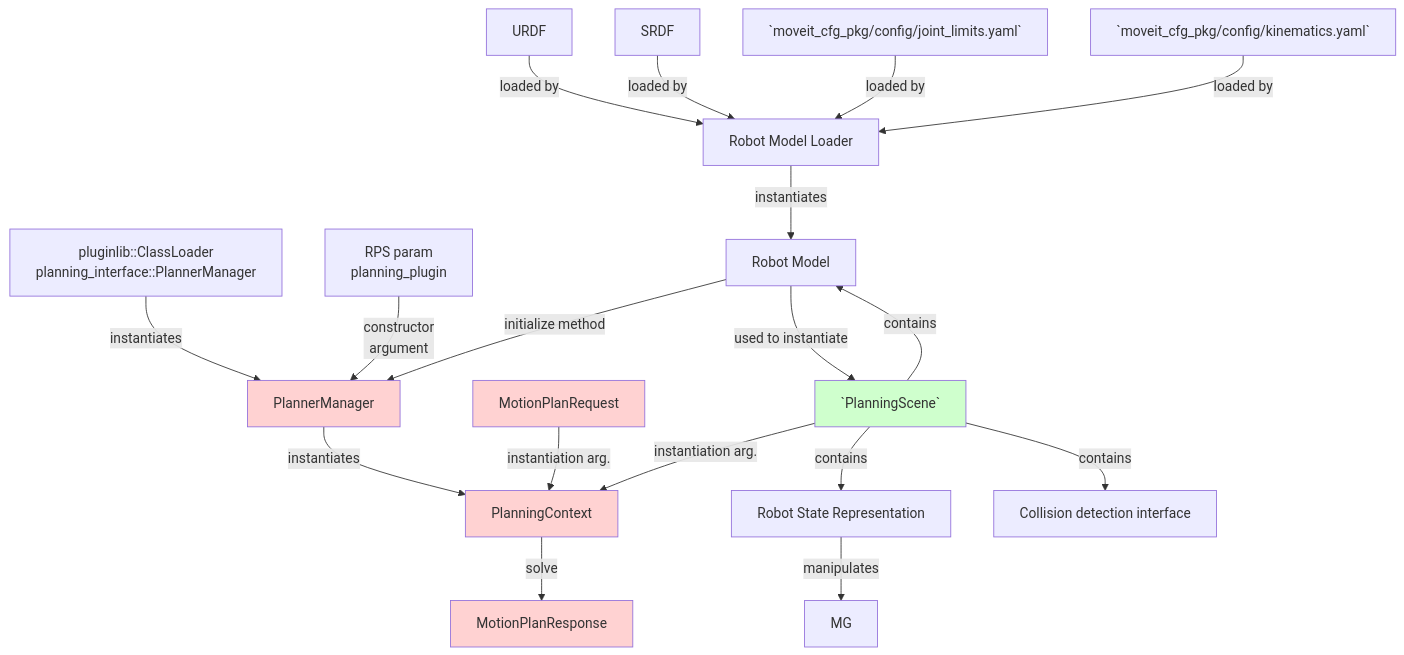
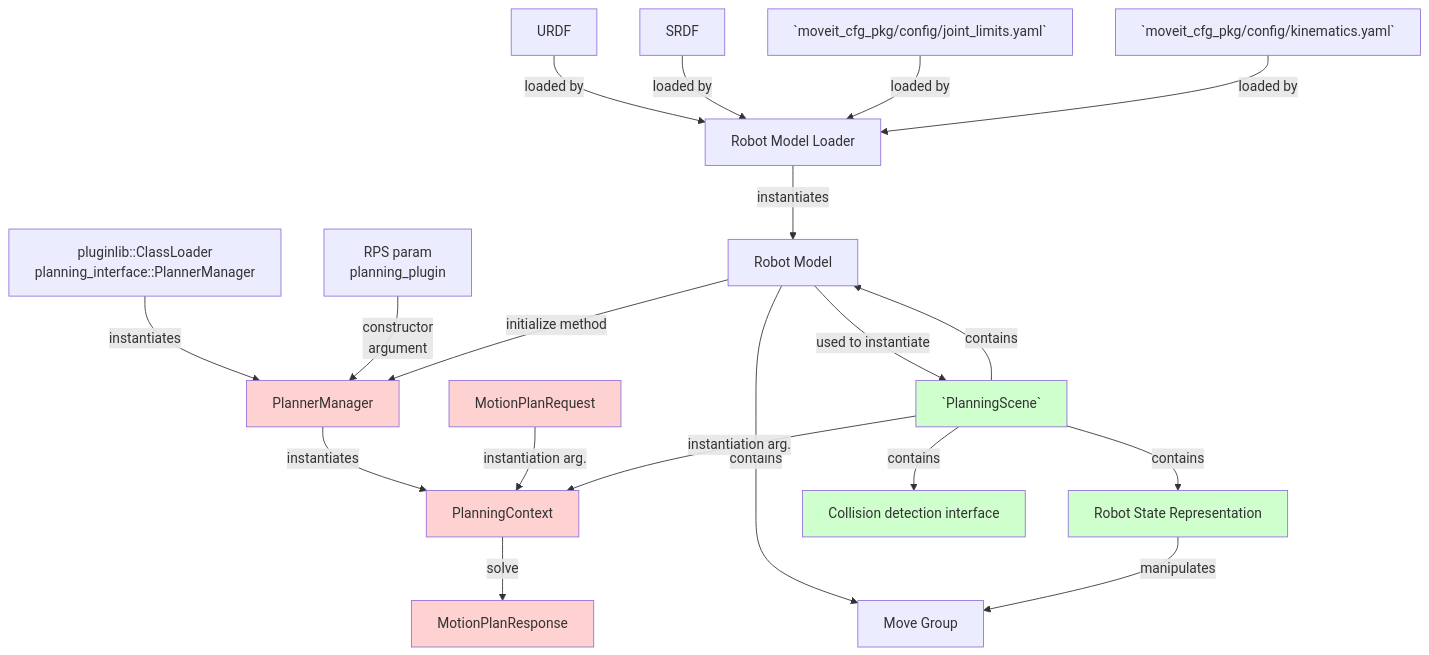
One commit to rafaelrojasmiliani/moveit_tutorial changed the diagram in 03_planning_contex_and_planner_manger/readme.md. Above: the diagram before and after it, drawn with Mermaid.

````diff
--- a/03_planning_contex_and_planner_manger/readme.md
+++ b/03_planning_contex_and_planner_manger/readme.md
@@ -31,25 +31,28 @@
 ```mermaid
 graph TD;
     URDF -- loaded by --> RML[Robot Model Loader];
     SRDF -- loaded by --> RML;
     J[`moveit_cfg_pkg/config/joint_limits.yaml`] -- loaded by --> RML;
     K[`moveit_cfg_pkg/config/kinematics.yaml`] -- loaded by --> RML;
     RML -- instantiates --> RM[Robot Model];
     MPP[pluginlib::ClassLoader<br/>planning_interface::PlannerManager] -- instantiates --> PM[PlannerManager];
     PPP[RPS param <br/>planning_plugin] -- constructor<br/>argument --> PM;
     RM -- initialize method --> PM;
+    RM -- contains --> MG[Move Group];
     PM -- instantiates --> PC[PlanningContext];
     MPR[MotionPlanRequest] -- instantiation arg. --> PC;
     PS -- instantiation arg. --> PC;
     PC -- solve --> MPRES[MotionPlanResponse];
     PS[`PlanningScene`] -- contains --> RM;
     RM -- used to instantiate --> PS;
     PS -- contains --> RS[Robot State Representation];
     PS -- contains --> CD[Collision detection interface];
     RS -- manipulates --> MG;
     style PS fill:#CFFFCD;
+    style RS fill:#CFFFCD;
+    style CD fill:#CFFFCD;
     style PM fill:#FFD2D2;
     style PC fill:#FFD2D2;
     style MPR fill:#FFD2D2;
     style MPRES fill:#FFD2D2;
 ```
````
